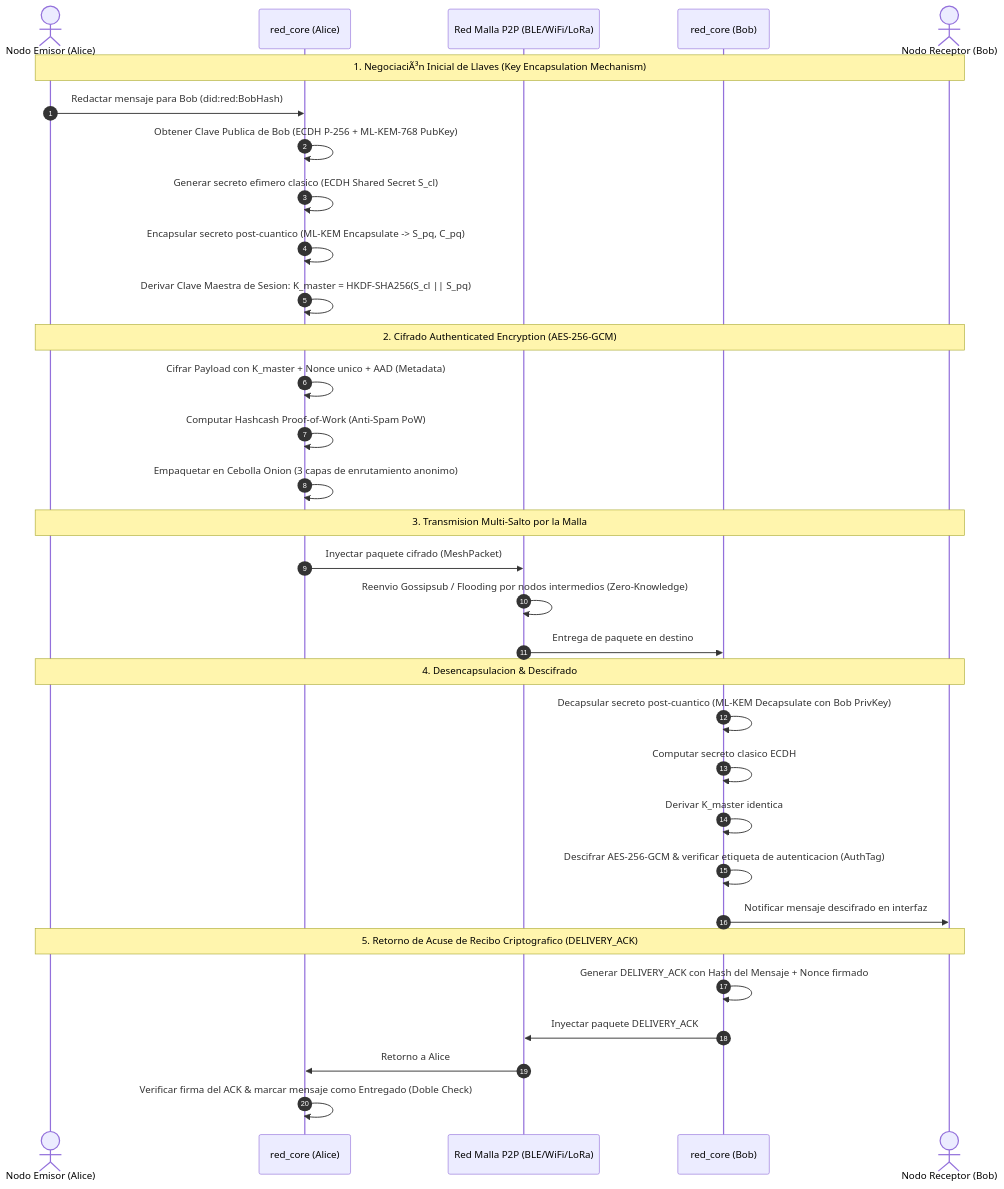
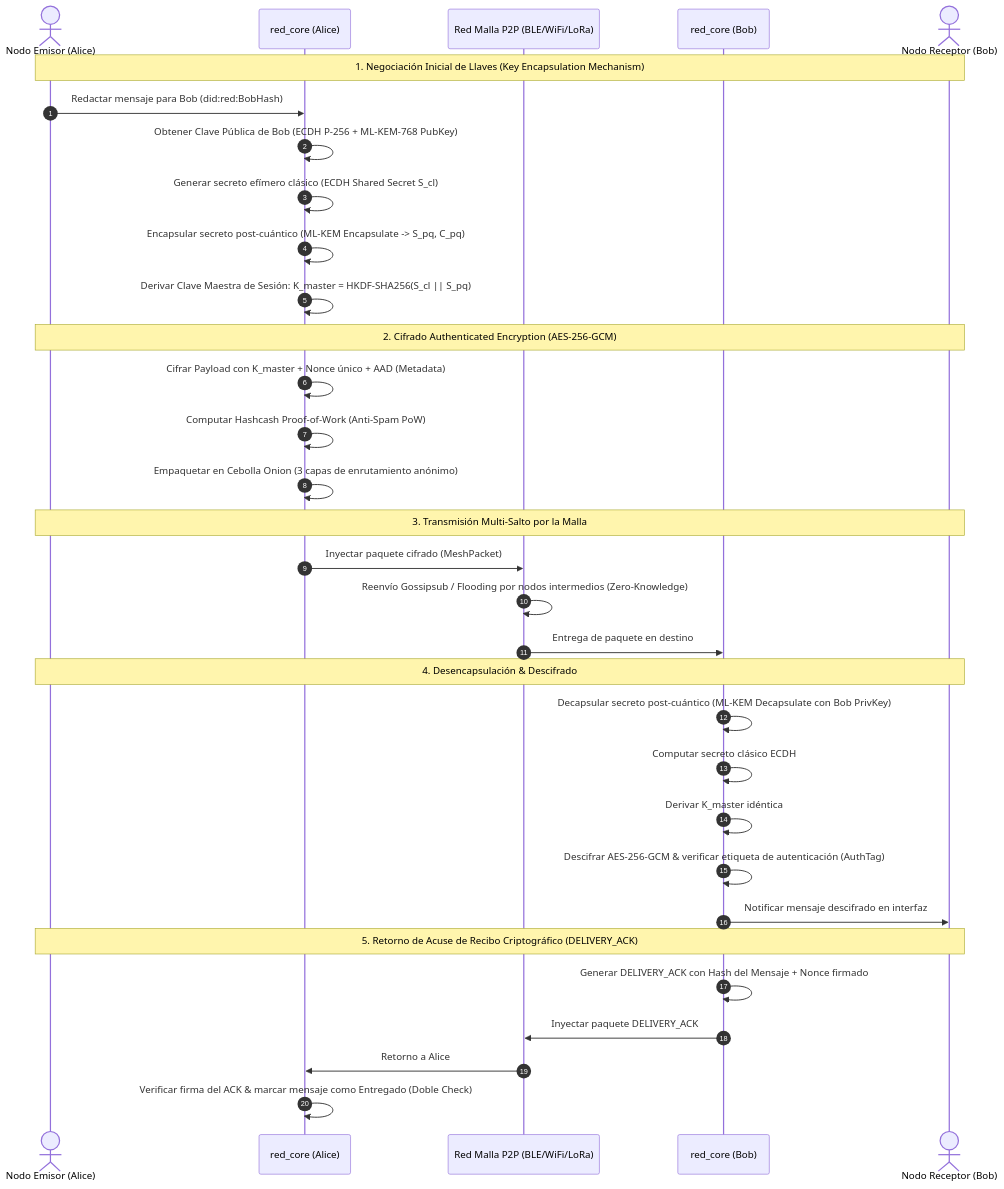
Before and after one commit to DarckRovert/RED: the second of 8 diagrams in ARCHITECTURE.md, drawn with Mermaid. The commit also changed other lines of this file and 76 other files, not shown here.

````diff
--- a/ARCHITECTURE.md
+++ b/ARCHITECTURE.md
@@ -103,39 +109,39 @@
 ```mermaid
 sequenceDiagram
     autonumber
     actor Alice as Nodo Emisor (Alice)
     participant CoreA as red_core (Alice)
     participant Mesh as Red Malla P2P (BLE/WiFi/LoRa)
     participant CoreB as red_core (Bob)
     actor Bob as Nodo Receptor (Bob)
 
-    Note over Alice,Bob: 1. NegociaciÃ³n Inicial de Llaves (Key Encapsulation Mechanism)
+    Note over Alice,Bob: 1. Negociación Inicial de Llaves (Key Encapsulation Mechanism)
     Alice->>CoreA: Redactar mensaje para Bob (did:red:BobHash)
-    CoreA->>CoreA: Obtener Clave Publica de Bob (ECDH P-256 + ML-KEM-768 PubKey)
-    CoreA->>CoreA: Generar secreto efimero clasico (ECDH Shared Secret S_cl)
-    CoreA->>CoreA: Encapsular secreto post-cuantico (ML-KEM Encapsulate -> S_pq, C_pq)
-    CoreA->>CoreA: Derivar Clave Maestra de Sesion: K_master = HKDF-SHA256(S_cl || S_pq)
+    CoreA->>CoreA: Obtener Clave Pública de Bob (ECDH P-256 + ML-KEM-768 PubKey)
+    CoreA->>CoreA: Generar secreto efímero clásico (ECDH Shared Secret S_cl)
+    CoreA->>CoreA: Encapsular secreto post-cuántico (ML-KEM Encapsulate -> S_pq, C_pq)
+    CoreA->>CoreA: Derivar Clave Maestra de Sesión: K_master = HKDF-SHA256(S_cl || S_pq)
 
     Note over Alice,Bob: 2. Cifrado Authenticated Encryption (AES-256-GCM)
-    CoreA->>CoreA: Cifrar Payload con K_master + Nonce unico + AAD (Metadata)
+    CoreA->>CoreA: Cifrar Payload con K_master + Nonce único + AAD (Metadata)
     CoreA->>CoreA: Computar Hashcash Proof-of-Work (Anti-Spam PoW)
-    CoreA->>CoreA: Empaquetar en Cebolla Onion (3 capas de enrutamiento anonimo)
+    CoreA->>CoreA: Empaquetar en Cebolla Onion (3 capas de enrutamiento anónimo)
 
-    Note over Alice,Bob: 3. Transmision Multi-Salto por la Malla
+    Note over Alice,Bob: 3. Transmisión Multi-Salto por la Malla
     CoreA->>Mesh: Inyectar paquete cifrado (MeshPacket)
-    Mesh->>Mesh: Reenvio Gossipsub / Flooding por nodos intermedios (Zero-Knowledge)
+    Mesh->>Mesh: Reenvío Gossipsub / Flooding por nodos intermedios (Zero-Knowledge)
     Mesh->>CoreB: Entrega de paquete en destino
 
-    Note over Alice,Bob: 4. Desencapsulacion & Descifrado
-    CoreB->>CoreB: Decapsular secreto post-cuantico (ML-KEM Decapsulate con Bob PrivKey)
-    CoreB->>CoreB: Computar secreto clasico ECDH
-    CoreB->>CoreB: Derivar K_master identica
-    CoreB->>CoreB: Descifrar AES-256-GCM & verificar etiqueta de autenticacion (AuthTag)
+    Note over Alice,Bob: 4. Desencapsulación & Descifrado
+    CoreB->>CoreB: Decapsular secreto post-cuántico (ML-KEM Decapsulate con Bob PrivKey)
+    CoreB->>CoreB: Computar secreto clásico ECDH
+    CoreB->>CoreB: Derivar K_master idéntica
+    CoreB->>CoreB: Descifrar AES-256-GCM & verificar etiqueta de autenticación (AuthTag)
     CoreB->>Bob: Notificar mensaje descifrado en interfaz
 
-    Note over Alice,Bob: 5. Retorno de Acuse de Recibo Criptografico (DELIVERY_ACK)
+    Note over Alice,Bob: 5. Retorno de Acuse de Recibo Criptográfico (DELIVERY_ACK)
     CoreB->>CoreB: Generar DELIVERY_ACK con Hash del Mensaje + Nonce firmado
     CoreB->>Mesh: Inyectar paquete DELIVERY_ACK
     Mesh->>CoreA: Retorno a Alice
     CoreA->>CoreA: Verificar firma del ACK & marcar mensaje como Entregado (Doble Check)
 ```
````
